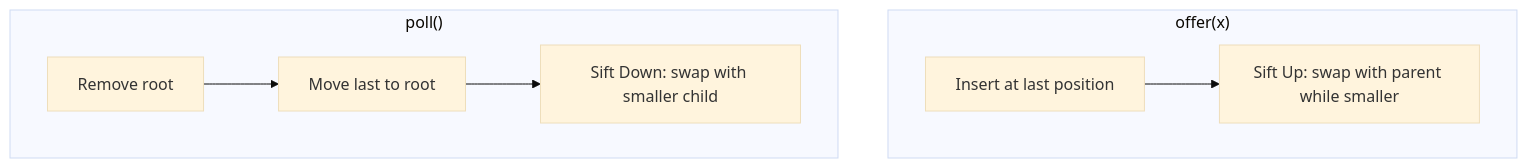
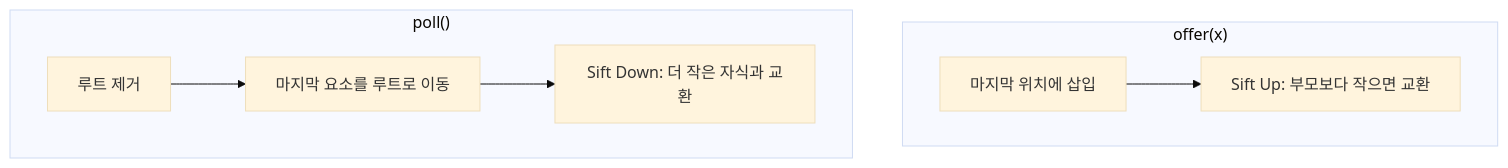
One commit to mandoobox/mandoobox.github.io changed the second of 4 diagrams in _posts/algorithm/2026-03-07-heap.md. Above: the diagram before and after it, drawn with Mermaid (base theme). The commit also changed other lines of this file and 24 other files, not shown here.

Commit message:
feat: mermaid kr

````diff
--- a/_posts/algorithm/2026-03-07-heap.md
+++ b/_posts/algorithm/2026-03-07-heap.md
@@ -74,9 +74,9 @@
 ```mermaid
 flowchart TD
     subgraph "offer(x)"
-        A1["Insert at last position"] --> A2["Sift Up: swap with parent while smaller"]
+        A1["마지막 위치에 삽입"] --> A2["Sift Up: 부모보다 작으면 교환"]
     end
     subgraph "poll()"
-        B1["Remove root"] --> B2["Move last to root"] --> B3["Sift Down: swap with smaller child"]
+        B1["루트 제거"] --> B2["마지막 요소를 루트로 이동"] --> B3["Sift Down: 더 작은 자식과 교환"]
     end
 ```
````
